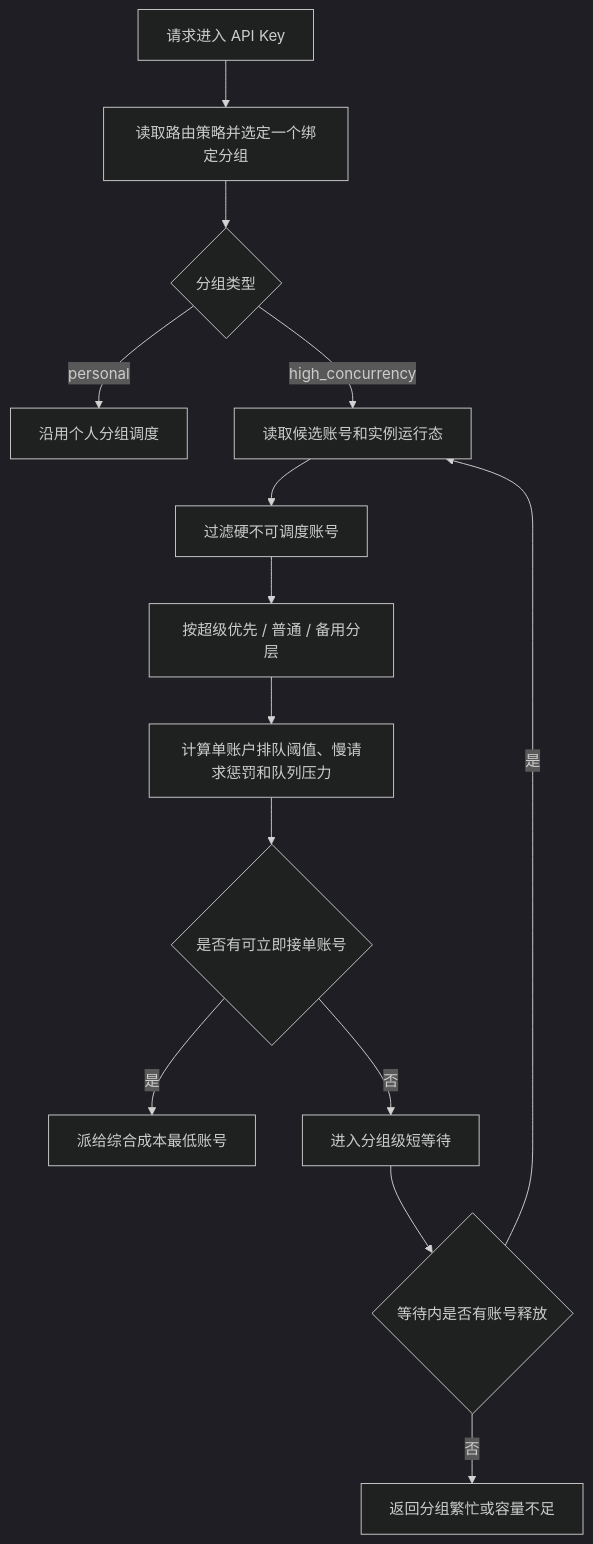
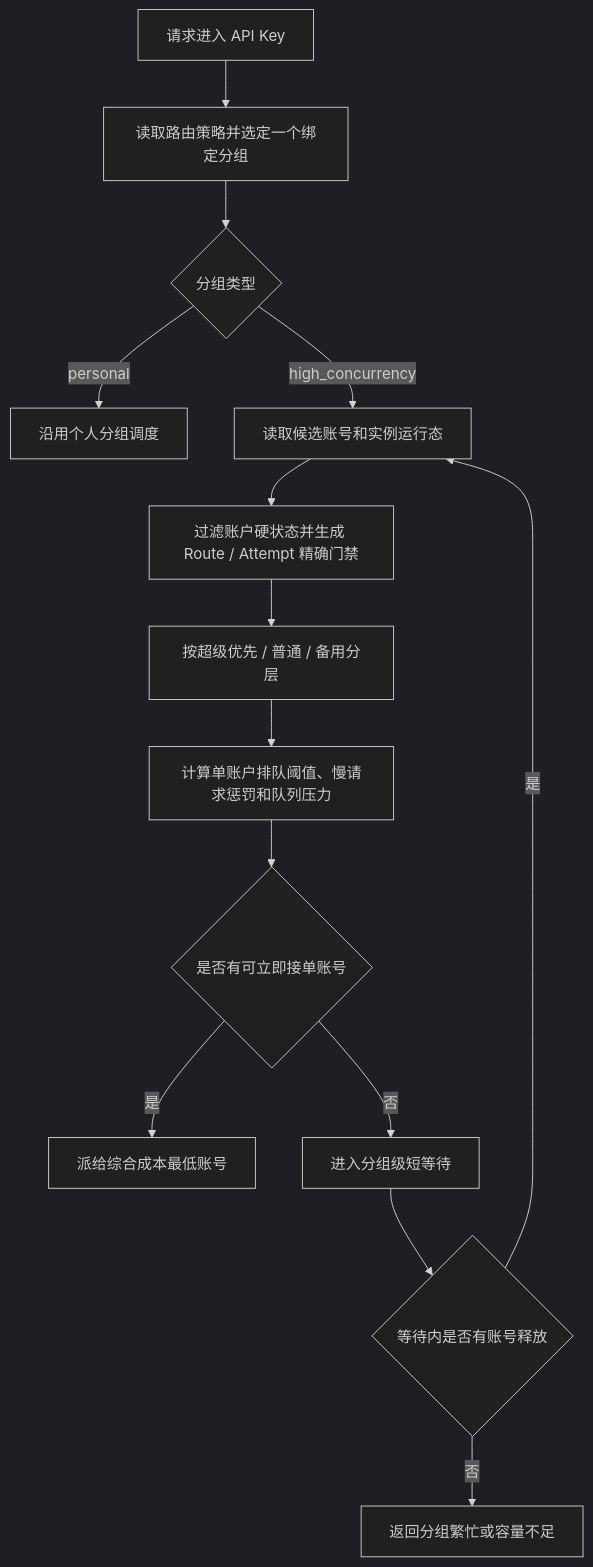
Before and after one commit to huanmin123/juhe-ai: the diagram in docs/functions/高并发分组调度设计.md, drawn with Mermaid (dark theme). The commit also changed other lines of this file and 402 other files, not shown here.

````diff
--- a/docs/functions/高并发分组调度设计.md
+++ b/docs/functions/高并发分组调度设计.md
@@ -115,16 +115,16 @@
 ```mermaid
 flowchart TD
   A["请求进入 API Key"] --> B["读取路由策略并选定一个绑定分组"]
   B --> C{"分组类型"}
   C -- "personal" --> D["沿用个人分组调度"]
   C -- "high_concurrency" --> E["读取候选账号和实例运行态"]
-  E --> F["过滤硬不可调度账号"]
+  E --> F["过滤账户硬状态并生成 Route / Attempt 精确门禁"]
   F --> G["按超级优先 / 普通 / 备用分层"]
   G --> H["计算单账户排队阈值、慢请求惩罚和队列压力"]
   H --> I{"是否有可立即接单账号"}
   I -- "是" --> J["派给综合成本最低账号"]
   I -- "否" --> K["进入分组级短等待"]
   K --> L{"等待内是否有账号释放"}
   L -- "是" --> E
   L -- "否" --> M["返回分组繁忙或容量不足"]
 ```
````
